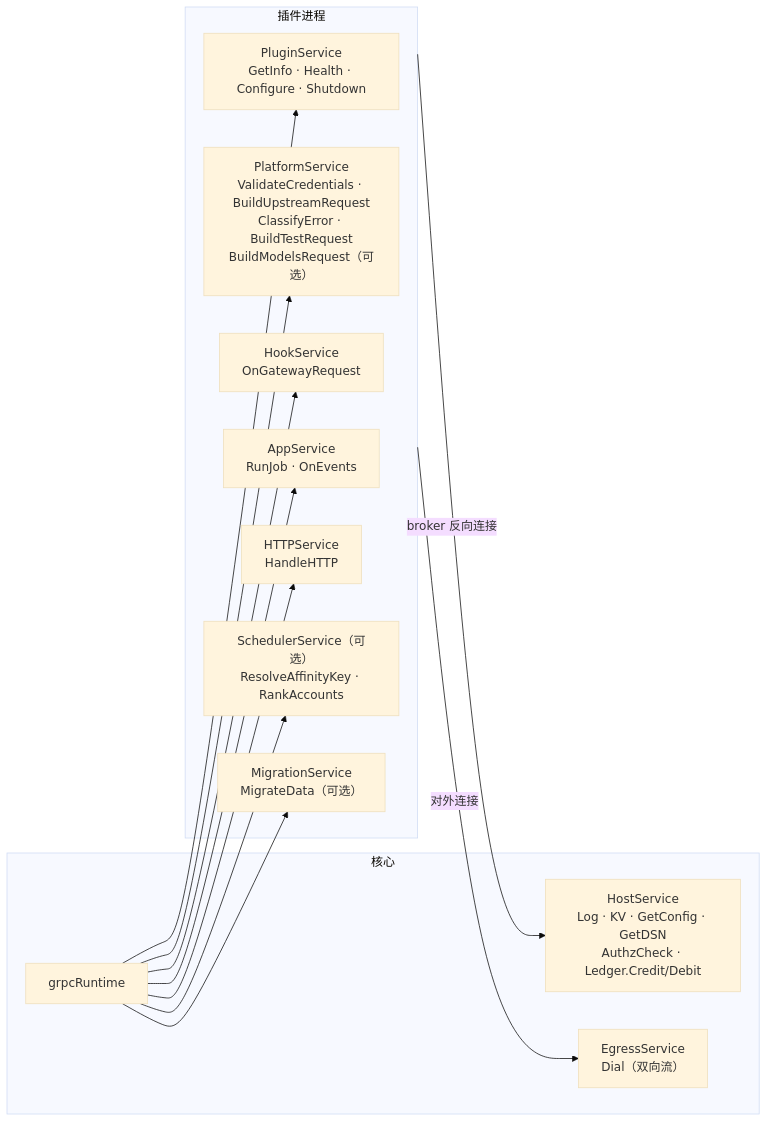
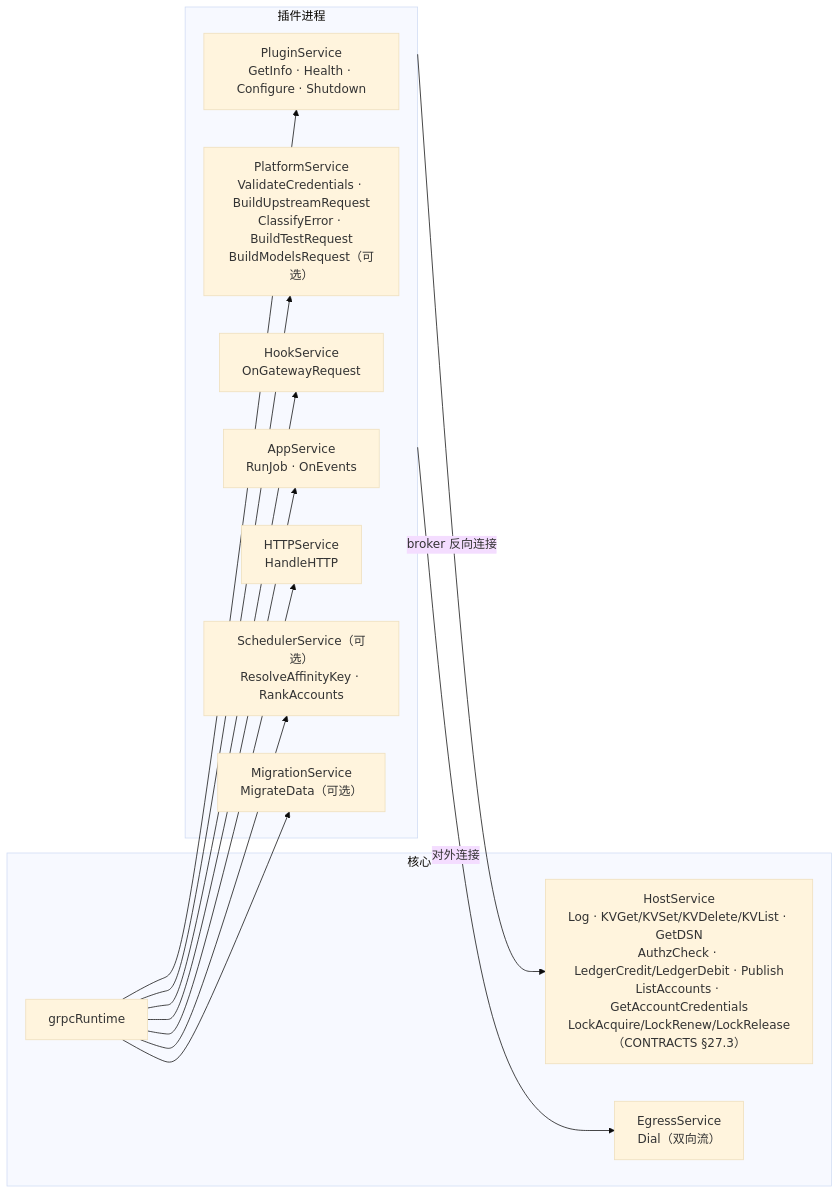
One commit to Sub2API-Devs/sup2api changed the fifth of 18 diagrams in next/docs/ARCHITECTURE.md. Above: the diagram before and after it, drawn with Mermaid (base theme). The commit also changed other lines of this file and 2 other files, not shown here.

````diff
--- a/next/docs/ARCHITECTURE.md
+++ b/next/docs/ARCHITECTURE.md
@@ -494,20 +494,20 @@
 ```mermaid
 flowchart LR
   subgraph host["核心"]
     rt["grpcRuntime"]
-    hs["HostService<br/>Log · KV · GetConfig · GetDSN<br/>AuthzCheck · Ledger.Credit/Debit"]
+    hs["HostService<br/>Log · KVGet/KVSet/KVDelete/KVList · GetDSN<br/>AuthzCheck · LedgerCredit/LedgerDebit · Publish<br/>ListAccounts · GetAccountCredentials<br/>LockAcquire/LockRenew/LockRelease（CONTRACTS §27.3）"]
     eg["EgressService<br/>Dial（双向流）"]
   end
   subgraph plugin["插件进程"]
     ps["PluginService<br/>GetInfo · Health · Configure · Shutdown"]
     pf["PlatformService<br/>ValidateCredentials · BuildUpstreamRequest<br/>ClassifyError · BuildTestRequest<br/>BuildModelsRequest（可选）"]
     hk["HookService<br/>OnGatewayRequest"]
     ap["AppService<br/>RunJob · OnEvents"]
     hx["HTTPService<br/>HandleHTTP"]
     sc["SchedulerService（可选）<br/>ResolveAffinityKey · RankAccounts"]
     ms["MigrationService<br/>MigrateData（可选）"]
   end
   rt --> ps & pf & hk & ap & hx & sc & ms
   plugin -->|"broker 反向连接"| hs
   plugin -->|"对外连接"| eg
 ```
````
